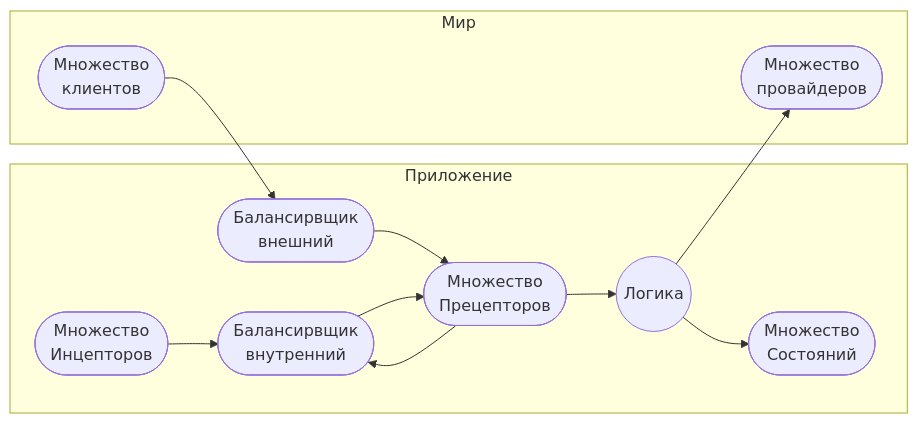
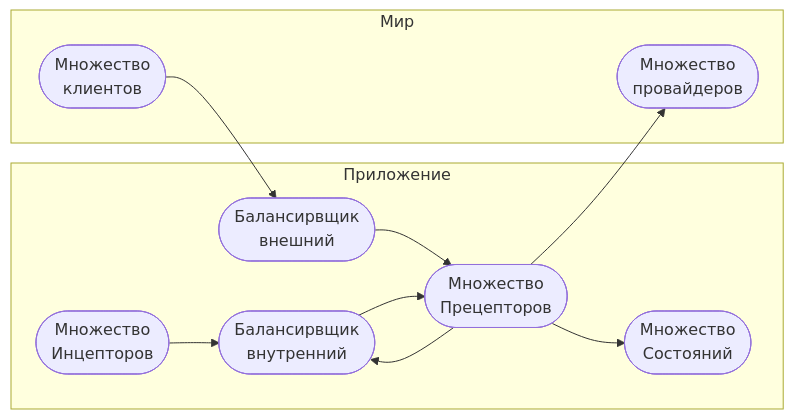
Before and after one commit to johnthesmith/scraps: the fourth of 4 diagrams in ru/msa.md, drawn with Mermaid.

````diff
--- a/ru/msa.md
+++ b/ru/msa.md
@@ -92,26 +92,24 @@
 ```mermaid
 flowchart LR
 
 subgraph Приложение
     balancer_inner([ Балансирвщик <br> внутренний ])
     balancer_outer([ Балансирвщик  <br> внешний ])
     preceptor([Множество<br>Прецепторов])
     inceptor([Множество<br>Инцепторов])
     state([Множество<br>Состояний])   
-    rig((Логика))
 end
 
 subgraph Мир
     client([Множество<br>клиентов])   
     provider([Множество<br>провайдеров])   
 end
 
 client --> balancer_outer
 inceptor --> balancer_inner
 balancer_outer --> preceptor
 balancer_inner --> preceptor
 preceptor --> balancer_inner
-preceptor --> rig
-rig --> state
-rig --> provider
+preceptor --> state
+preceptor --> provider
 ```
````
